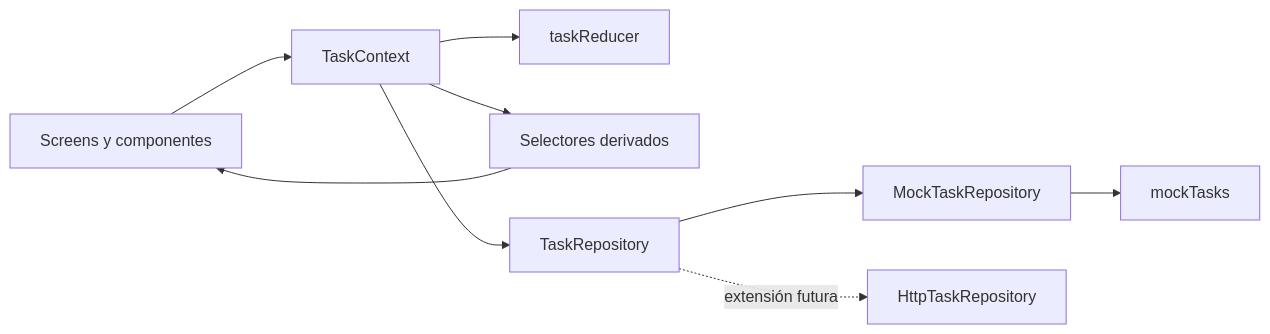
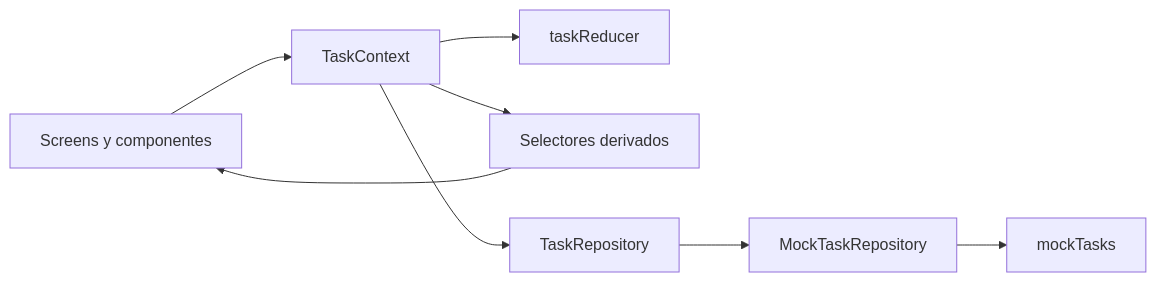
One commit to nachoferro96/PINA-challenge-tecnico changed the diagram in README.md. Above: the diagram before and after it, drawn with Mermaid. The commit also changed other lines of this file and 14 other files, not shown here.

````diff
--- a/README.md
+++ b/README.md
@@ -79,11 +128,10 @@
 ```mermaid
 flowchart LR
   UI["Screens y componentes"] --> C["TaskContext"]
   C --> R["taskReducer"]
   C --> S["Selectores derivados"]
   C --> P["TaskRepository"]
   P --> M["MockTaskRepository"]
-  P -. "extensión futura" .-> H["HttpTaskRepository"]
   M --> D["mockTasks"]
   S --> UI
 ```
````
